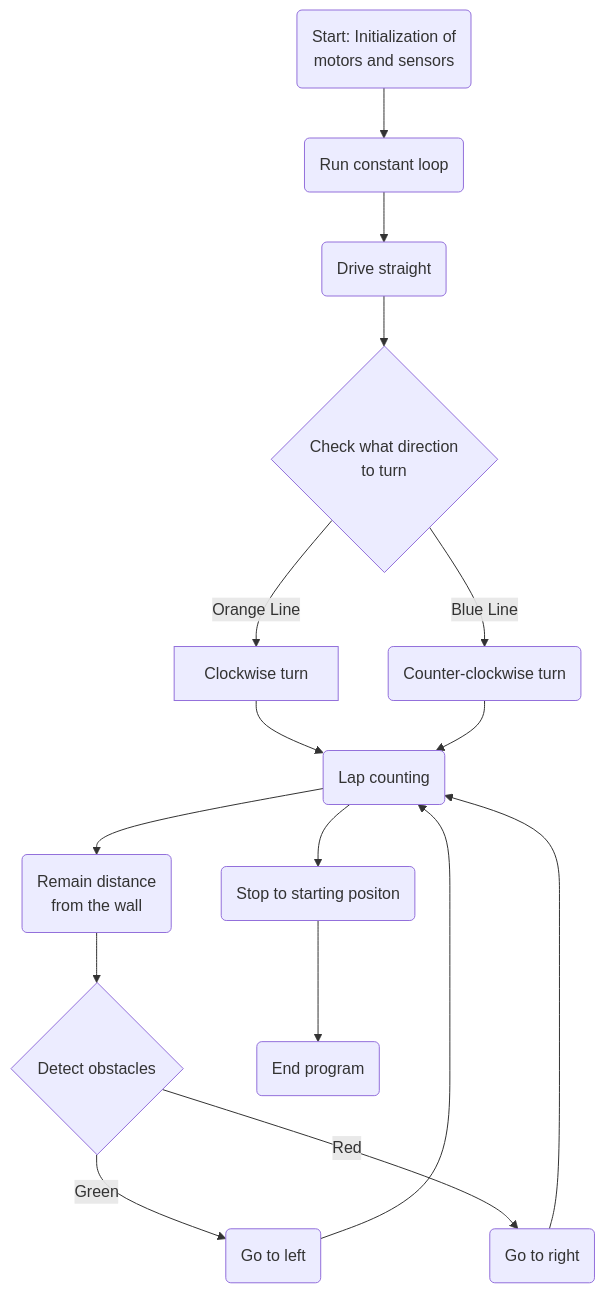
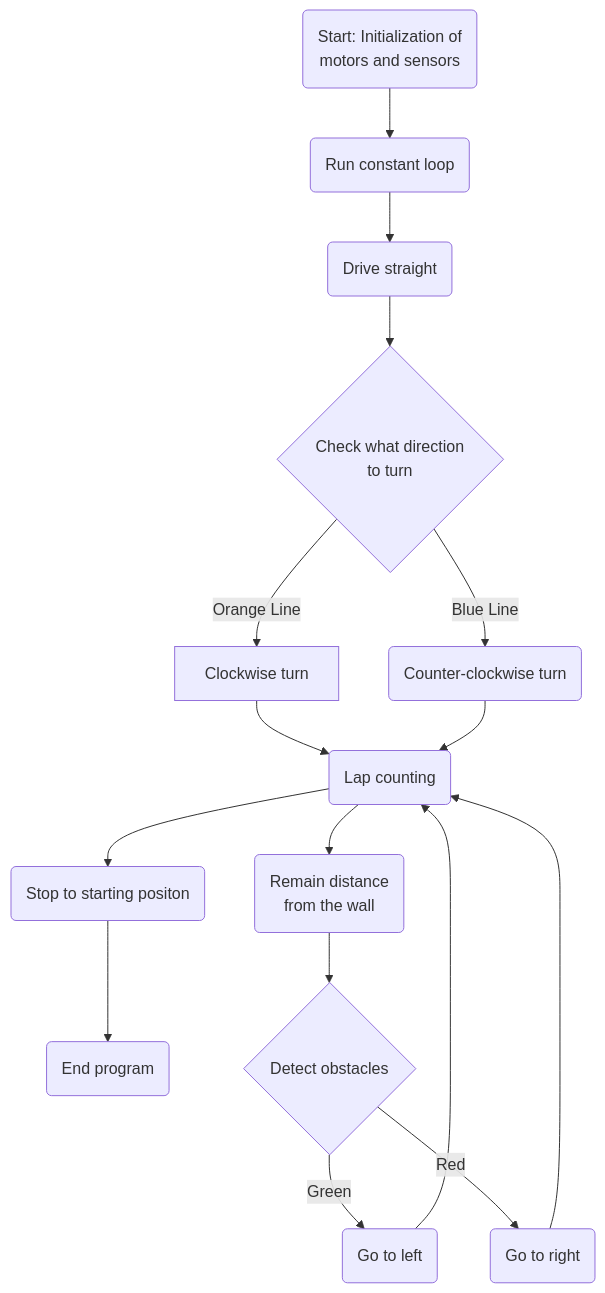
Before and after one commit to kinten4/pro2025-namnama: the diagram in README.md, drawn with Mermaid. The commit also changed other lines of this file, not shown here.

````diff
--- a/README.md
+++ b/README.md
@@ -67,21 +67,21 @@
 ```mermaid
 flowchart TD
     A("Start: Initialization of
     motors and sensors") --> B("Run constant loop")
     B --> C("Drive straight")
     C --> D{"Check what direction
     to turn"}
     D -- Orange Line --> E["Clockwise turn"]
     D -- Blue Line --> F("Counter-clockwise turn")
     E --> G("Lap counting")
     F --> G
+    G --> L("Stop to starting positon")
+    L --> M("End program")
     G --> H("Remain distance
     from the wall")
     H --> I{"Detect obstacles"}
     I -- Green --> J("Go to left")
     I -- Red --> K("Go to right")
-    J --> G
+    J --> G 
     K --> G
-    G --> L("Stop to starting positon")
-    L --> M("End program")
 ```
````
